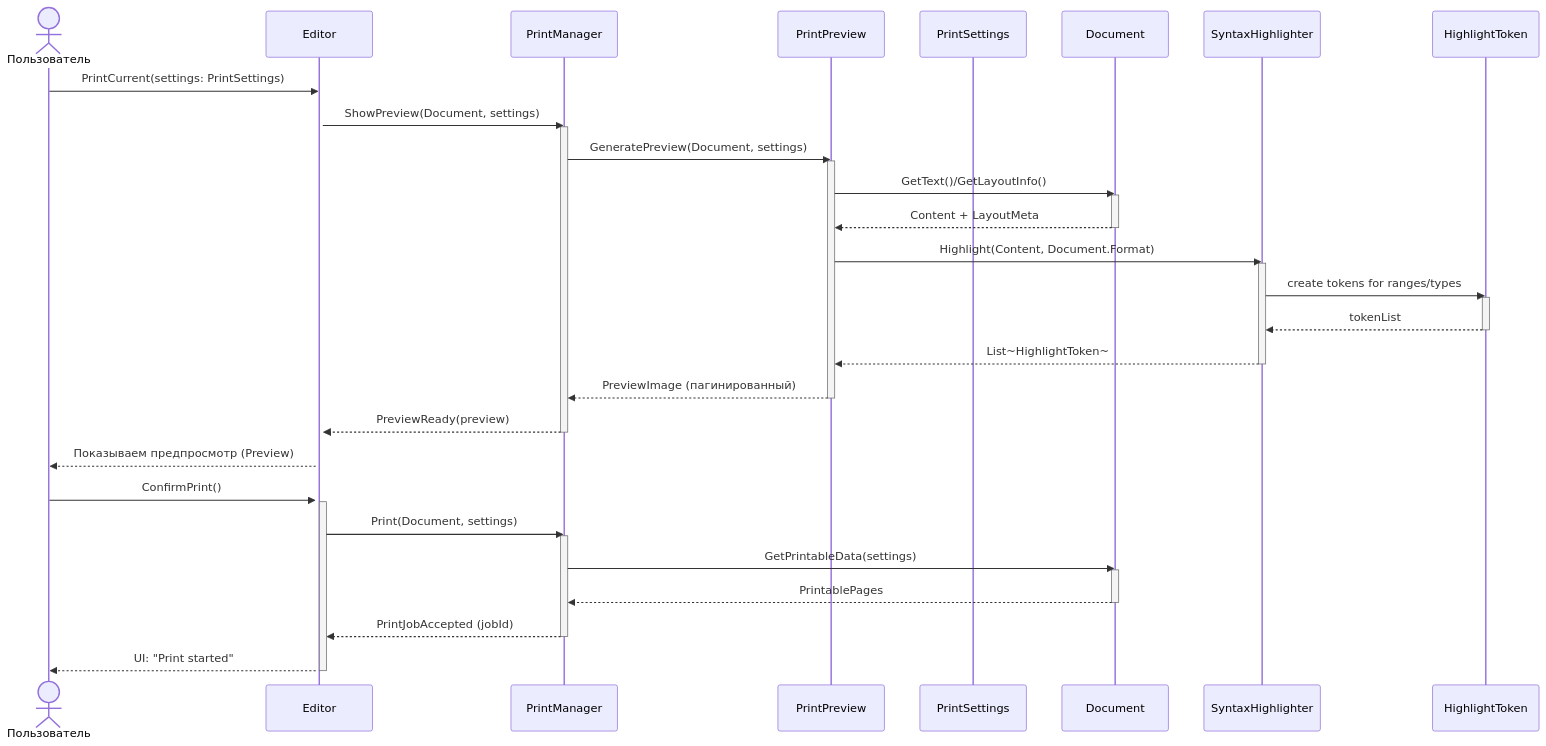
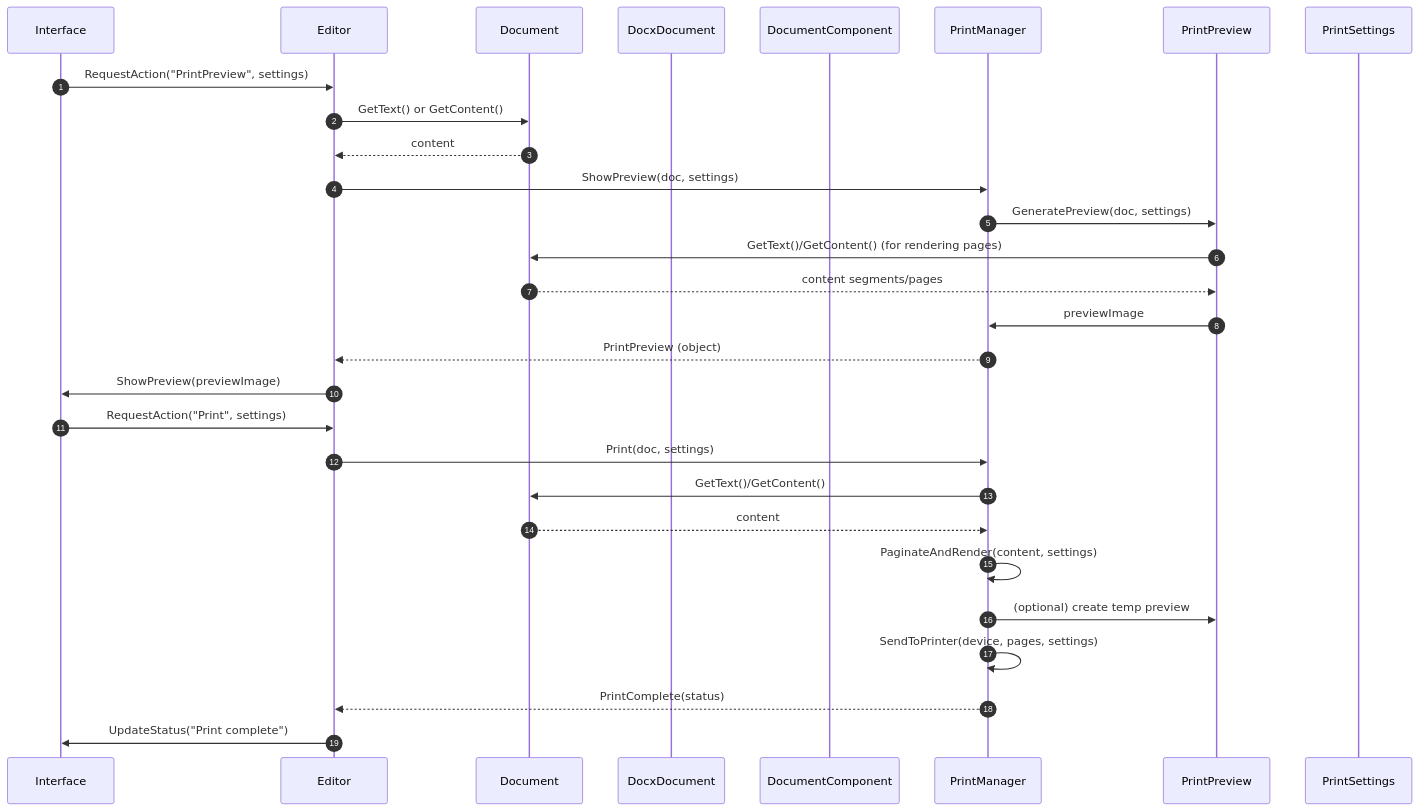
Before and after one commit to penamarth/bsbo-03-23_team6_var11_textedit: the diagram in Документация/Сценарии использования/03-Печать документа/Диаграмма последовательности Печать.md, drawn with Mermaid.

Commit message:
Update Диаграмма последовательности Печать.md

````diff
--- a/Документация/Сценарии использования/03-Печать документа/Диаграмма последовательности Печать.md
+++ b/Документация/Сценарии использования/03-Печать документа/Диаграмма последовательности Печать.md
@@ -2,53 +2,35 @@
 ```mermaid
 sequenceDiagram
-    actor User as Пользователь
-    participant Editor as Editor
-    participant PrintManager as PrintManager
-    participant PrintPreview as PrintPreview
-    participant PrintSettings as PrintSettings
-    participant Document as Document
-    participant SyntaxHighlighter as SyntaxHighlighter
-    participant HighlightToken as HighlightToken
+    autonumber
+    participant UI as Interface
+    participant ED as Editor
+    participant DOC as Document
+    participant BASE as DocxDocument
+    participant ROOT as DocumentComponent
+    participant PM as PrintManager
+    participant PREV as PrintPreview
+    participant PS as PrintSettings
 
-    User->>Editor: PrintCurrent(settings: PrintSettings)
-    activate Editor
-    Editor->>PrintManager: ShowPreview(Document, settings)
-    activate PrintManager
+    UI->>ED: RequestAction("PrintPreview", settings)
+    ED->>DOC: GetText() or GetContent()
+    DOC-->>ED: content
+    ED->>PM: ShowPreview(doc, settings)
+    PM->>PREV: GeneratePreview(doc, settings)
+    PREV->>DOC: GetText()/GetContent() (for rendering pages)
+    DOC-->>PREV: content segments/pages
+    PREV->>PM: previewImage
+    PM-->>ED: PrintPreview (object)
+    ED->>UI: ShowPreview(previewImage)
 
-    PrintManager->>PrintPreview: GeneratePreview(Document, settings)
-    activate PrintPreview
-    PrintPreview->>Document: GetText()/GetLayoutInfo()
-    activate Document
-    Document-->>PrintPreview: Content + LayoutMeta
-    deactivate Document
+    UI->>ED: RequestAction("Print", settings)
+    ED->>PM: Print(doc, settings)
+    PM->>DOC: GetText()/GetContent()
+    DOC-->>PM: content
+    PM->>PM: PaginateAndRender(content, settings)
+    PM->>PREV: (optional) create temp preview
+    PM->>PM: SendToPrinter(device, pages, settings)
+    PM-->>ED: PrintComplete(status)
+    ED->>UI: UpdateStatus("Print complete")
 
-    PrintPreview->>SyntaxHighlighter: Highlight(Content, Document.Format)
-    activate SyntaxHighlighter
-    SyntaxHighlighter->>HighlightToken: create tokens for ranges/types
-    activate HighlightToken
-    HighlightToken-->>SyntaxHighlighter: tokenList
-    deactivate HighlightToken
-    SyntaxHighlighter-->>PrintPreview: List~HighlightToken~
-    deactivate SyntaxHighlighter
-
-    PrintPreview-->>PrintManager: PreviewImage (пагинированный)
-    deactivate PrintPreview
-    PrintManager-->>Editor: PreviewReady(preview)
-    deactivate PrintManager
-    Editor-->>User: Показываем предпросмотр (Preview)
-
-    User->>Editor: ConfirmPrint()
-    activate Editor
-    Editor->>PrintManager: Print(Document, settings)
-    activate PrintManager
-    PrintManager->>Document: GetPrintableData(settings)
-    activate Document
-    Document-->>PrintManager: PrintablePages
-    deactivate Document
-
-    PrintManager-->>Editor: PrintJobAccepted (jobId)
-    deactivate PrintManager
-    Editor-->>User: UI: "Print started"
-    deactivate Editor
 
 ```
````
